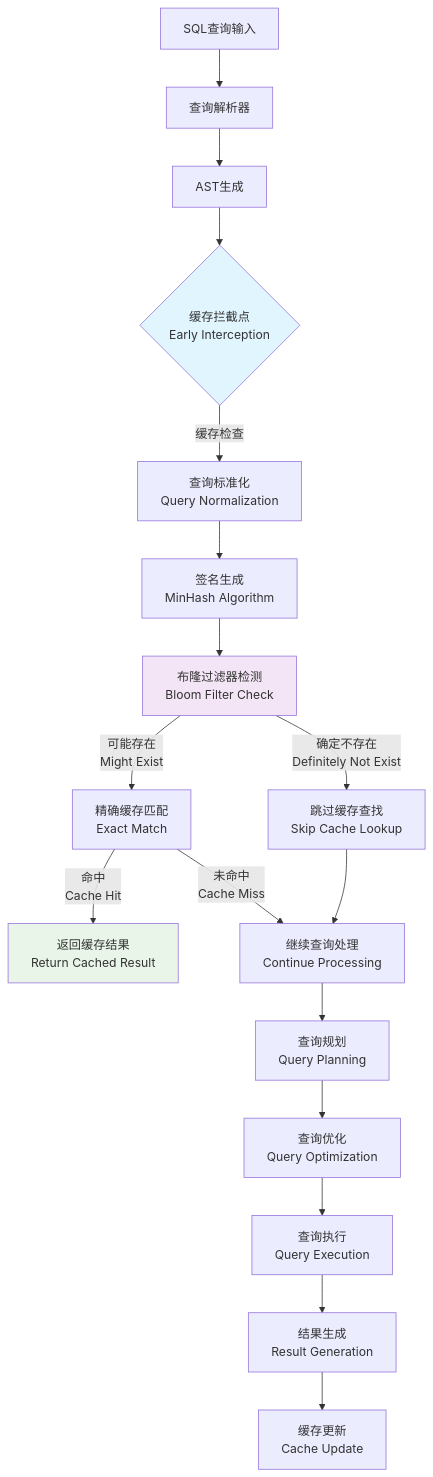
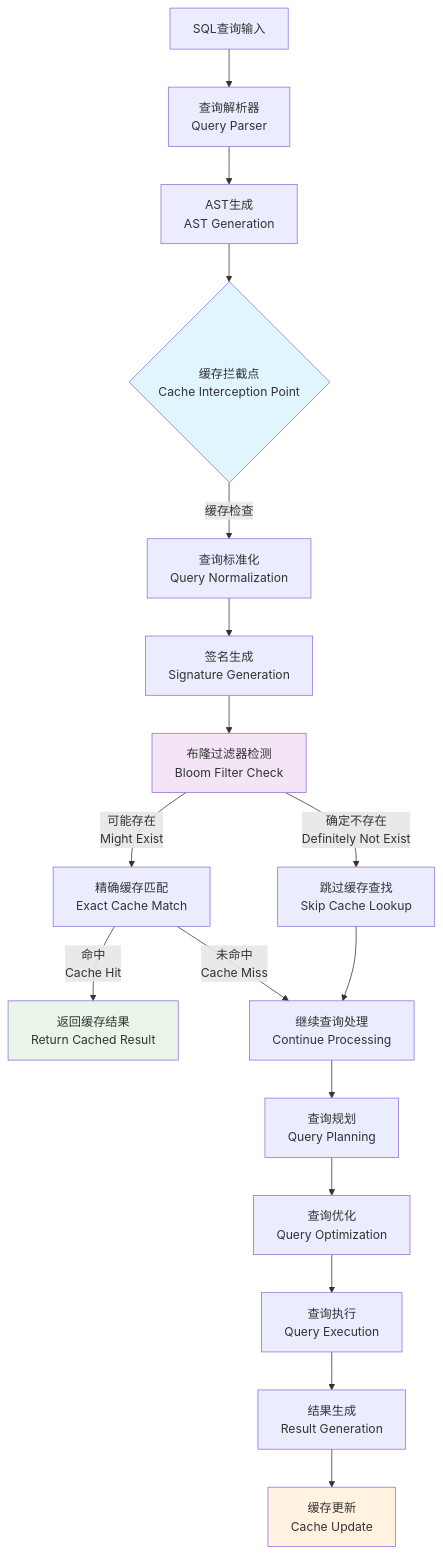
The first of 13 diagrams in md/第三章-动态缓存管理.md (crazypenguincode/duckdb), drawn with Mermaid before and after one commit. The commit also changed other lines of this file and 361 other files, not shown here.

````diff
--- a/md/第三章-动态缓存管理.md
+++ b/md/第三章-动态缓存管理.md
@@ -9,27 +9,28 @@
 ```mermaid
 graph TB
-    A[SQL查询输入] --> B[查询解析器]
-    B --> C[AST生成]
-    C --> D{缓存拦截点<br/>Early Interception}
+    A[SQL查询输入] --> B[查询解析器<br/>Query Parser]
+    B --> C[AST生成<br/>AST Generation]
+    C --> D{缓存拦截点<br/>Cache Interception Point}
     
     D --> |缓存检查| E[查询标准化<br/>Query Normalization]
-    E --> F[签名生成<br/>MinHash Algorithm]
+    E --> F[签名生成<br/>Signature Generation]
     F --> G[布隆过滤器检测<br/>Bloom Filter Check]
     
-    G --> |可能存在<br/>Might Exist| H[精确缓存匹配<br/>Exact Match]
+    G --> |可能存在<br/>Might Exist| H[精确缓存匹配<br/>Exact Cache Match]
     G --> |确定不存在<br/>Definitely Not Exist| I[跳过缓存查找<br/>Skip Cache Lookup]
     
     H --> |命中<br/>Cache Hit| J[返回缓存结果<br/>Return Cached Result]
     H --> |未命中<br/>Cache Miss| K[继续查询处理<br/>Continue Processing]
     I --> K
     
     K --> L[查询规划<br/>Query Planning]
     L --> M[查询优化<br/>Query Optimization]
     M --> N[查询执行<br/>Query Execution]
     N --> O[结果生成<br/>Result Generation]
     O --> P[缓存更新<br/>Cache Update]
     
     style D fill:#e1f5fe
     style G fill:#f3e5f5
     style J fill:#e8f5e8
+    style P fill:#fff3e0
 ```
````
